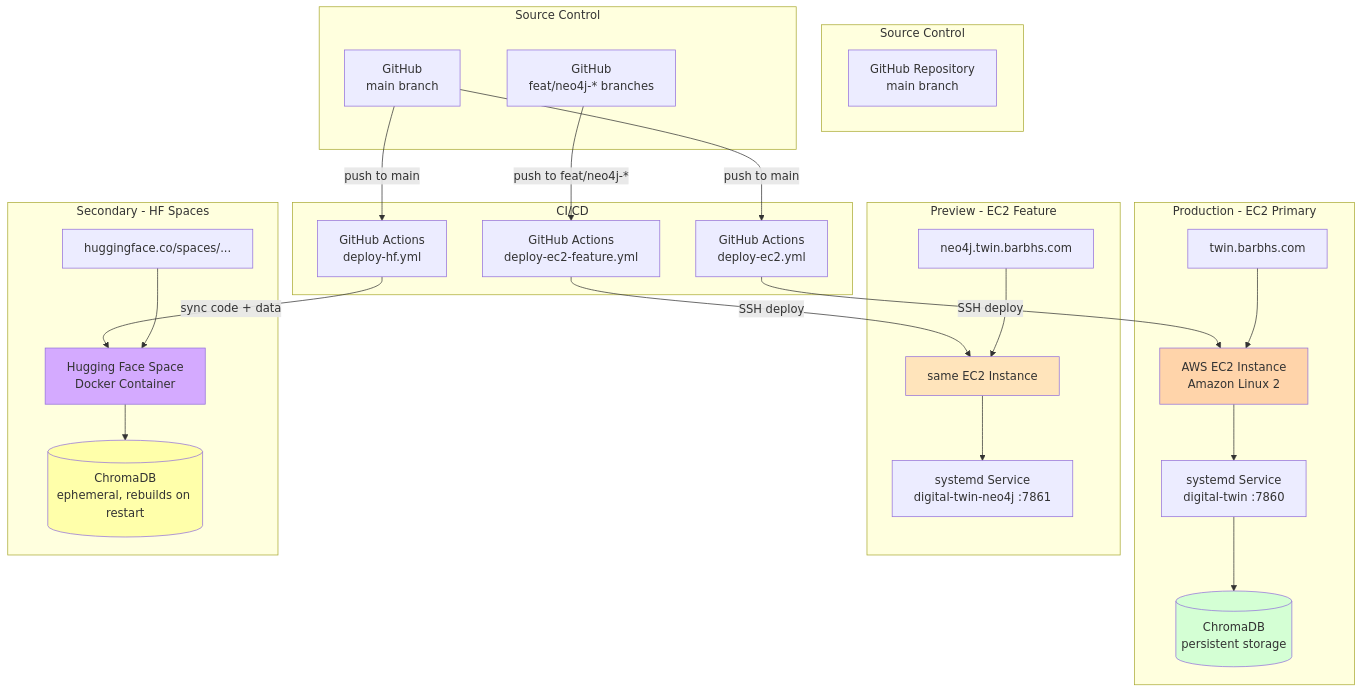
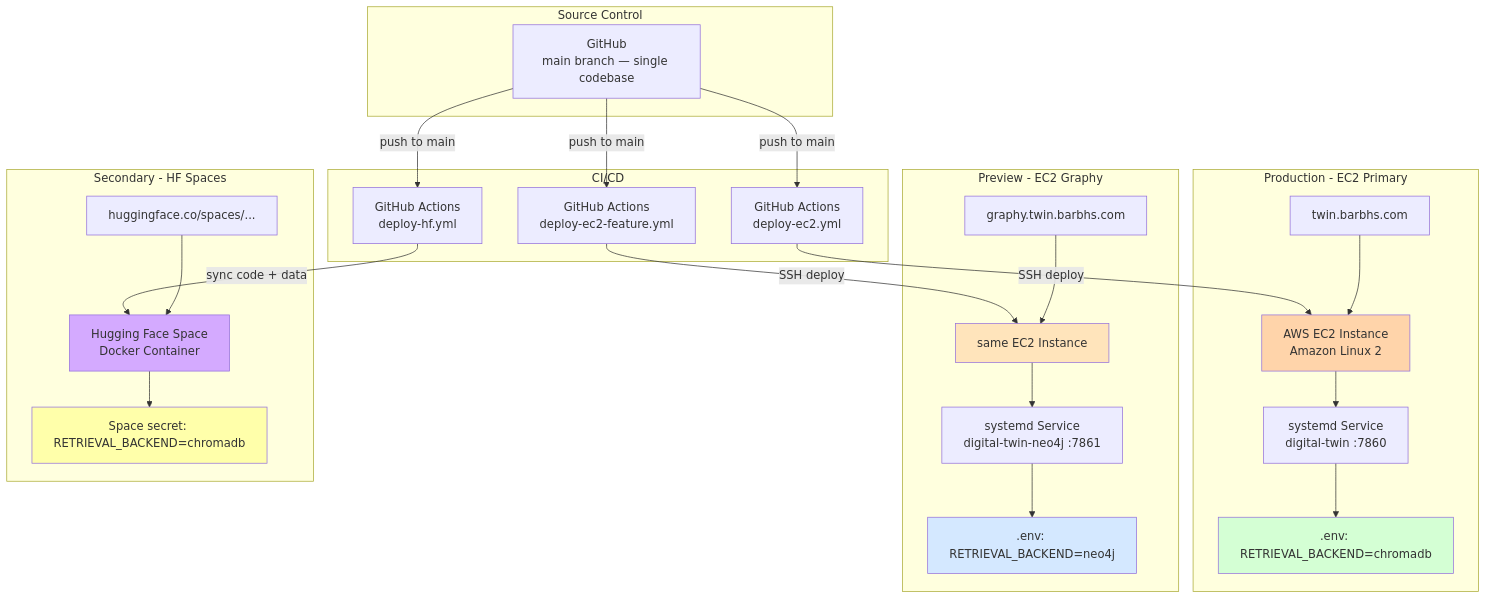
The diagram in docs/MAINTAINER_GUIDE.md (dagny099/barbs-digital-twin), drawn with Mermaid before and after one commit. The commit also changed other lines of this file and 23 other files, not shown here.

First line of the commit message:
Add RETRIEVAL_BACKEND feature flag to consolidate main + feat/graphy-preview

````diff
--- a/docs/MAINTAINER_GUIDE.md
+++ b/docs/MAINTAINER_GUIDE.md
@@ -19,59 +23,57 @@
 ```mermaid
 graph TB
     subgraph "Source Control"
-        GH[GitHub Repository<br/>main branch]
-    end
-
-    subgraph "Source Control"
-        GH_MAIN[GitHub<br/>main branch]
-        GH_FEAT[GitHub<br/>feat/neo4j-* branches]
+        GH_MAIN[GitHub<br/>main branch — single codebase]
     end
 
     subgraph "CI/CD"
         GHA1[GitHub Actions<br/>deploy-ec2.yml]
         GHA2[GitHub Actions<br/>deploy-hf.yml]
         GHA3[GitHub Actions<br/>deploy-ec2-feature.yml]
     end
 
     subgraph "Production - EC2 Primary"
         EC2[AWS EC2 Instance<br/>Amazon Linux 2]
         SYS[systemd Service<br/>digital-twin :7860]
-        CHROMA1[(ChromaDB<br/>persistent storage)]
+        ENV1[.env: RETRIEVAL_BACKEND=chromadb]
         DNS1[twin.barbhs.com]
     end
 
-    subgraph "Preview - EC2 Feature"
+    subgraph "Preview - EC2 Graphy"
         EC2_F[same EC2 Instance]
         SYS_F[systemd Service<br/>digital-twin-neo4j :7861]
-        DNS3[neo4j.twin.barbhs.com]
+        ENV2[.env: RETRIEVAL_BACKEND=neo4j]
+        DNS3[graphy.twin.barbhs.com]
     end
 
     subgraph "Secondary - HF Spaces"
         HF[Hugging Face Space<br/>Docker Container]
-        CHROMA2[(ChromaDB<br/>ephemeral, rebuilds on restart)]
+        ENV3[Space secret: RETRIEVAL_BACKEND=chromadb]
         DNS2[huggingface.co/spaces/...]
     end
 
     GH_MAIN -->|push to main| GHA1
     GH_MAIN -->|push to main| GHA2
-    GH_FEAT -->|push to feat/neo4j-*| GHA3
+    GH_MAIN -->|push to main| GHA3
 
     GHA1 -->|SSH deploy| EC2
     EC2 --> SYS
-    SYS --> CHROMA1
+    SYS --> ENV1
     DNS1 --> EC2
 
     GHA3 -->|SSH deploy| EC2_F
     EC2_F --> SYS_F
+    SYS_F --> ENV2
     DNS3 --> EC2_F
 
     GHA2 -->|sync code + data| HF
-    HF --> CHROMA2
+    HF --> ENV3
     DNS2 --> HF
 
     style EC2 fill:#ffd4aa
     style EC2_F fill:#ffe4bb
     style HF fill:#d4aaff
-    style CHROMA1 fill:#d4ffd4
-    style CHROMA2 fill:#ffffaa
+    style ENV1 fill:#d4ffd4
+    style ENV2 fill:#d4e8ff
+    style ENV3 fill:#ffffaa
 ```
````
